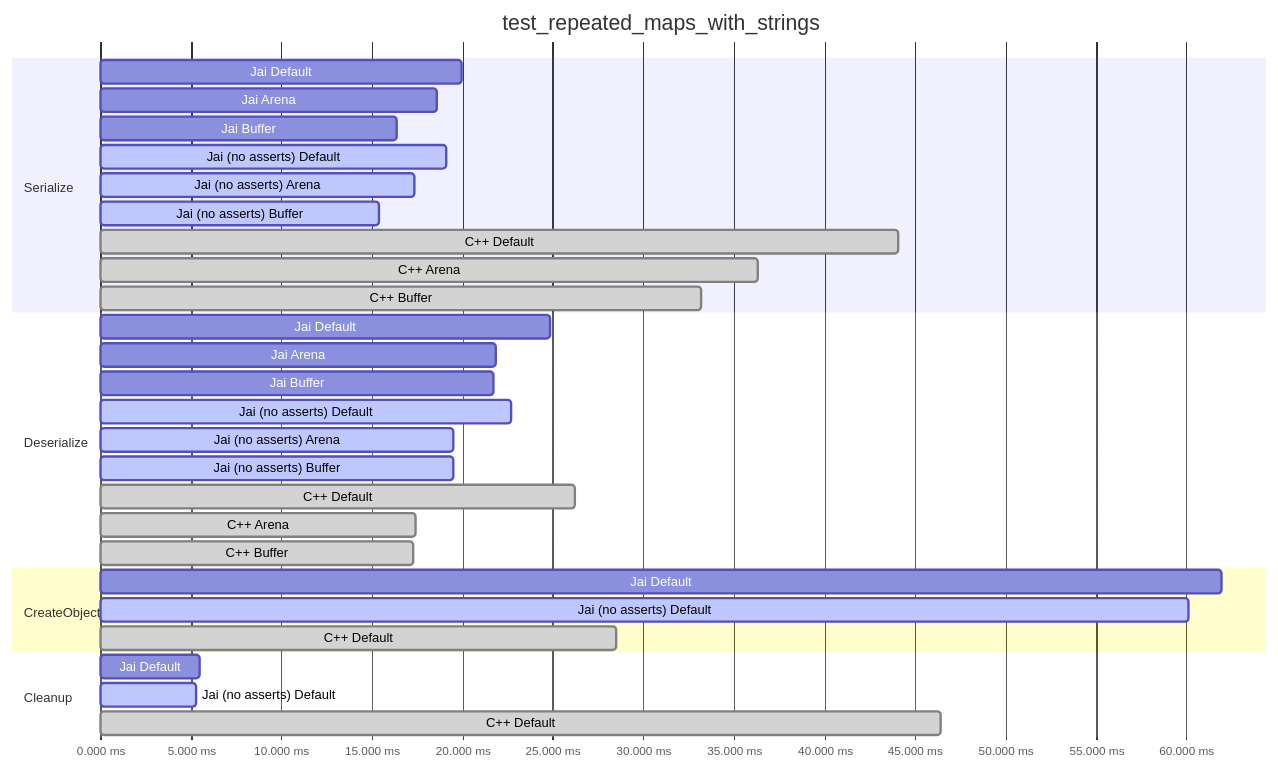
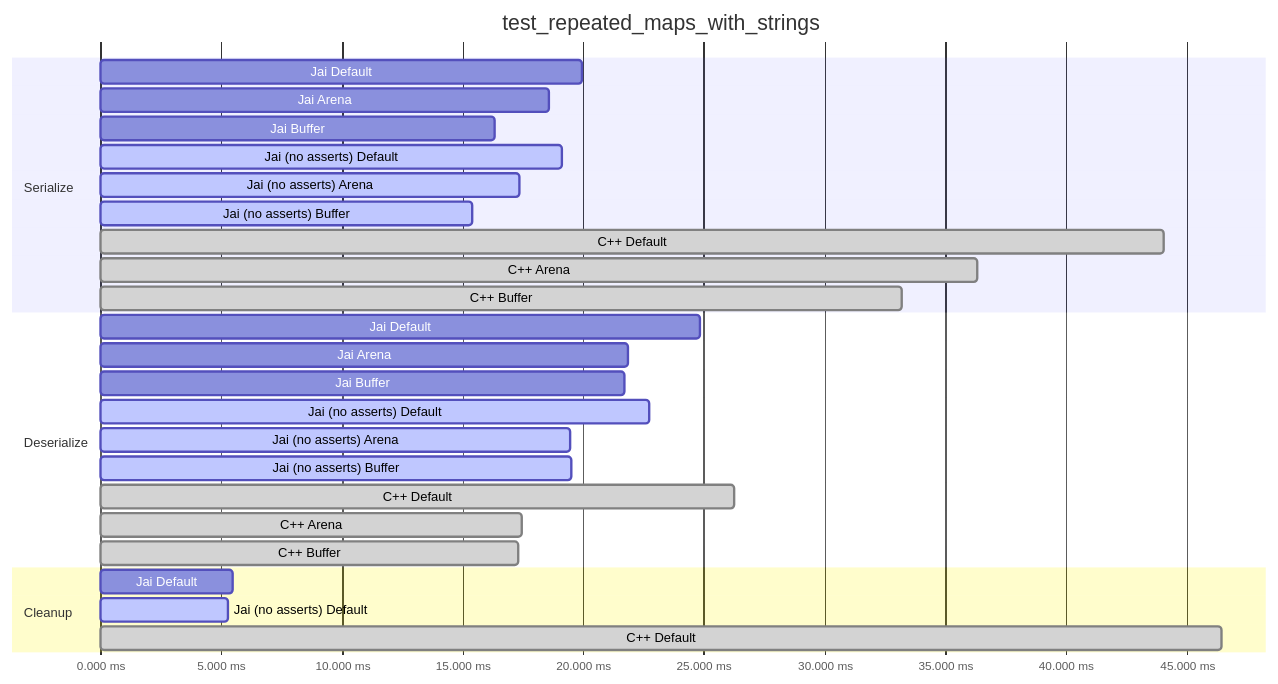
One commit to segcore/jai-protobuf-timings changed the sixth of 7 diagrams in README.md. Above: the diagram before and after it, drawn with Mermaid. The commit also changed other lines of this file and 1 other file, not shown here.

Commit message:
Ignore CreateObject for plots, objects can be created in many ways.

````diff
--- a/README.md
+++ b/README.md
@@ -191,34 +171,30 @@
 ```mermaid
 gantt
     title test_repeated_maps_with_strings
     dateFormat x
     axisFormat %s.%L ms
     section Serialize
         Jai Default : 0, 19.927433s
         Jai Arena : 0, 18.555288s
         Jai Buffer : 0, 16.337406s
         Jai (no asserts) Default :active, 0, 19.123632s
         Jai (no asserts) Arena :active, 0, 17.345777s
         Jai (no asserts) Buffer :active, 0, 15.398454s
         C++ Default :done, 0, 44.059321s
         C++ Arena :done, 0, 36.320501s
         C++ Buffer :done, 0, 33.193725s
     section Deserialize
         Jai Default : 0, 24.836416s
         Jai Arena : 0, 21.870133s
         Jai Buffer : 0, 21.701608s
         Jai (no asserts) Default :active, 0, 22.717685s
         Jai (no asserts) Arena :active, 0, 19.469457s
         Jai (no asserts) Buffer :active, 0, 19.491777s
         C++ Default :done, 0, 26.229072s
         C++ Arena :done, 0, 17.436432s
         C++ Buffer :done, 0, 17.309293s
-    section CreateObject
-        Jai Default : 0, 61.935091s
-        Jai (no asserts) Default :active, 0, 60.129677s
-        C++ Default :done, 0, 28.487741s
     section Cleanup
         Jai Default : 0, 5.462001s
         Jai (no asserts) Default :active, 0, 5.271969s
         C++ Default :done, 0, 46.440122s
 ```
````
